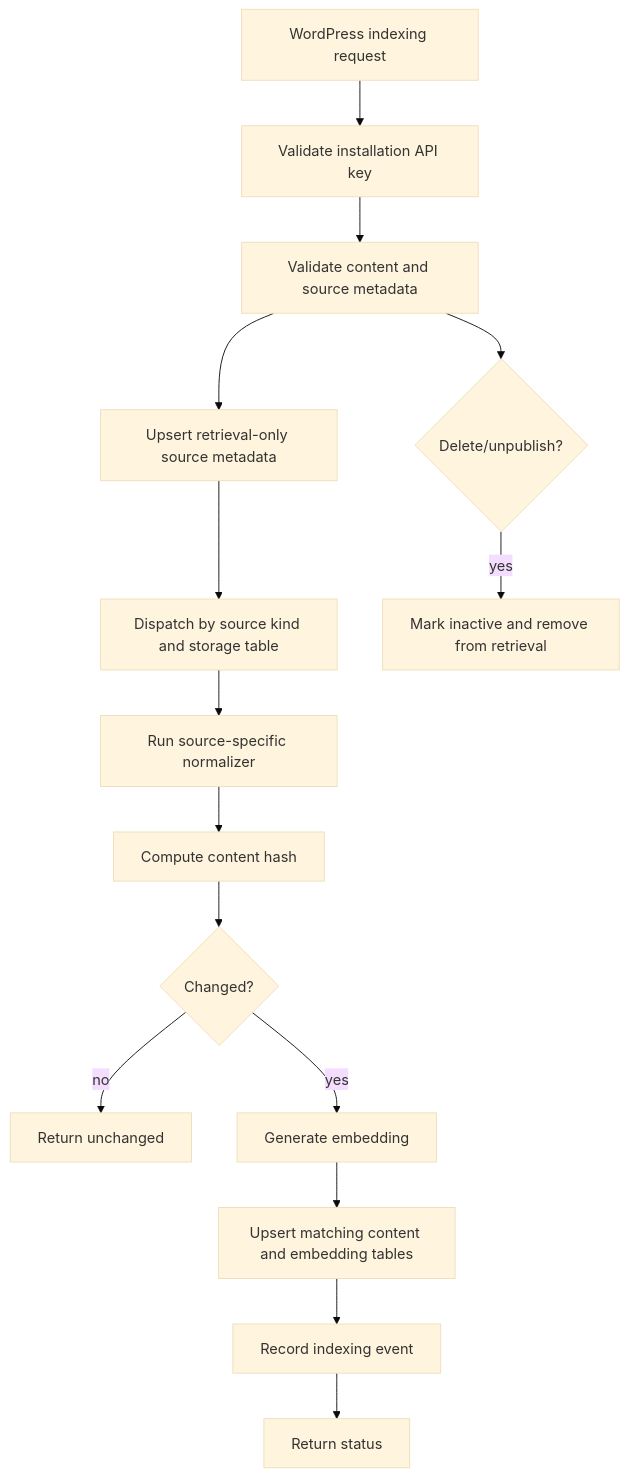
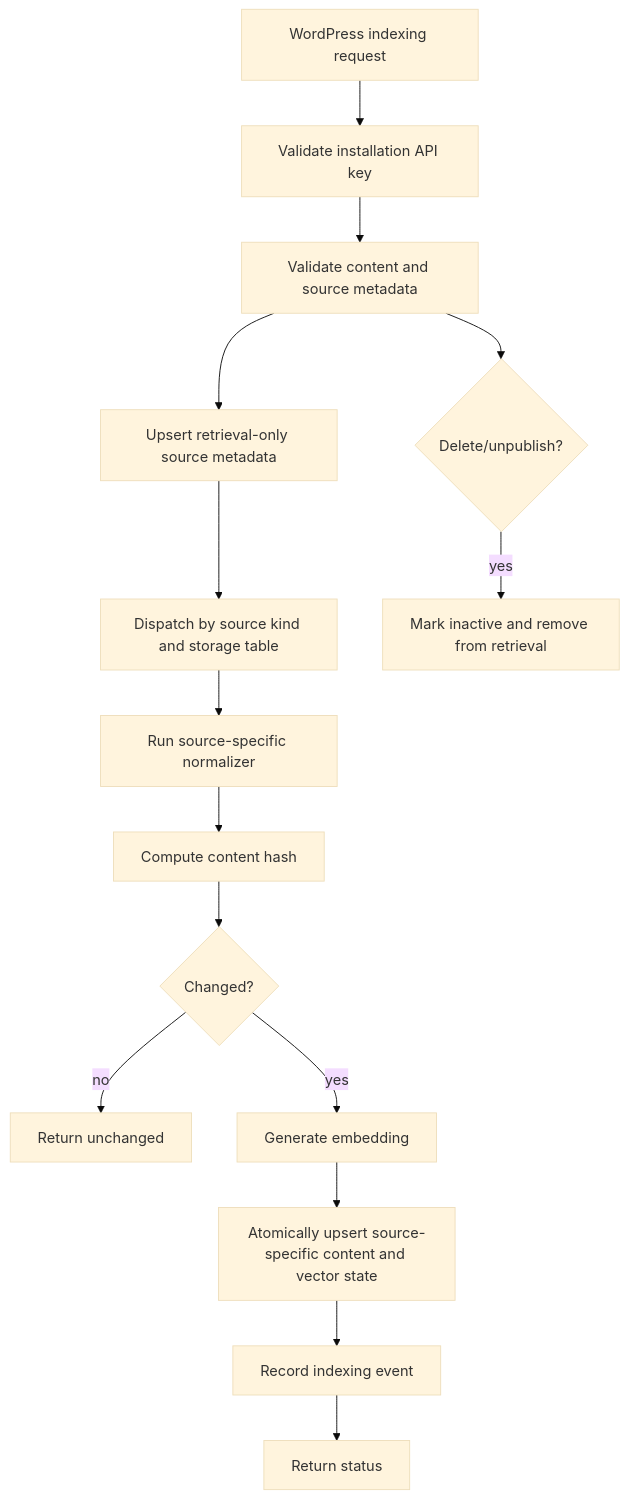
The third of 5 diagrams in server/SERVER_APP_ARCHITECTURE.md (sovware/ask-sunny-docs), drawn with Mermaid (base theme) before and after one commit. The commit also changed other lines of this file and 13 other files, not shown here.

````diff
--- a/server/SERVER_APP_ARCHITECTURE.md
+++ b/server/SERVER_APP_ARCHITECTURE.md
@@ -196,17 +196,17 @@
 ```mermaid
 flowchart TD
   WP[WordPress indexing request] --> Auth[Validate installation API key]
   Auth --> Validate[Validate content and source metadata]
   Validate --> Registry[Upsert retrieval-only source metadata]
   Registry --> Dispatch[Dispatch by source kind and storage table]
   Dispatch --> Normalize[Run source-specific normalizer]
   Normalize --> Hash[Compute content hash]
   Hash --> Changed{Changed?}
   Changed -- no --> Skip[Return unchanged]
   Changed -- yes --> Embed[Generate embedding]
-  Embed --> Upsert[Upsert matching content and embedding tables]
+  Embed --> Upsert[Atomically upsert source-specific content and vector state]
   Upsert --> Analyze[Record indexing event]
   Analyze --> Done[Return status]
   Validate --> Delete{Delete/unpublish?}
   Delete -- yes --> Tombstone[Mark inactive and remove from retrieval]
 ```
````
